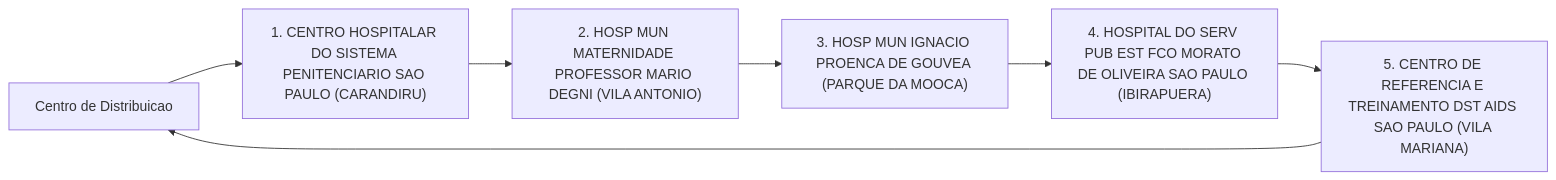
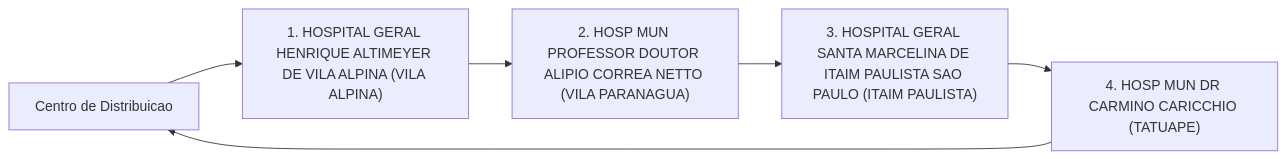
The second of 11 diagrams in tsp/output/instrucoes_motoristas.md (victorldomingues/pos_fiap_ia_fase2_tech_challenge), drawn with Mermaid before and after one commit. The commit also changed other lines of this file and 6 other files, not shown here.

````diff
--- a/tsp/output/instrucoes_motoristas.md
+++ b/tsp/output/instrucoes_motoristas.md
@@ -119,15 +111,13 @@
 ```mermaid
 flowchart LR
     deposito["Centro de Distribuicao"]
-    parada_1["1. CENTRO HOSPITALAR DO SISTEMA PENITENCIARIO SAO PAULO (CARANDIRU)"]
+    parada_1["1. HOSPITAL GERAL HENRIQUE ALTIMEYER DE VILA ALPINA (VILA ALPINA)"]
     deposito --> parada_1
-    parada_2["2. HOSP MUN MATERNIDADE PROFESSOR MARIO DEGNI (VILA ANTONIO)"]
+    parada_2["2. HOSP MUN PROFESSOR DOUTOR ALIPIO CORREA NETTO (VILA PARANAGUA)"]
     parada_1 --> parada_2
-    parada_3["3. HOSP MUN IGNACIO PROENCA DE GOUVEA (PARQUE DA MOOCA)"]
+    parada_3["3. HOSPITAL GERAL SANTA MARCELINA DE ITAIM PAULISTA SAO PAULO (ITAIM PAULISTA)"]
     parada_2 --> parada_3
-    parada_4["4. HOSPITAL DO SERV PUB EST FCO MORATO DE OLIVEIRA SAO PAULO (IBIRAPUERA)"]
+    parada_4["4. HOSP MUN DR CARMINO CARICCHIO (TATUAPE)"]
     parada_3 --> parada_4
-    parada_5["5. CENTRO DE REFERENCIA E TREINAMENTO DST AIDS SAO PAULO (VILA MARIANA)"]
-    parada_4 --> parada_5
-    parada_5 --> deposito
+    parada_4 --> deposito
 ```
````
